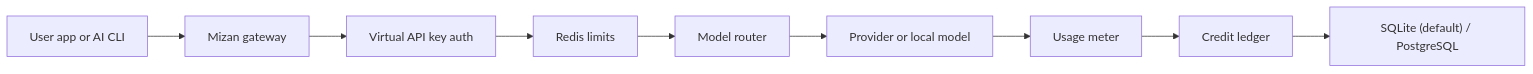
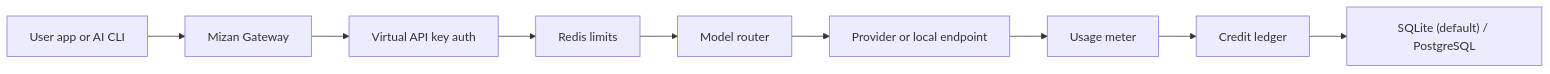
The diagram in README.md (pendig/mizan), drawn with Mermaid before and after one commit. The commit also changed other lines of this file and 10 other files, not shown here.

````diff
--- a/README.md
+++ b/README.md
@@ -94,11 +107,11 @@
 ```mermaid
 flowchart LR
-    Client["User app or AI CLI"] --> Gateway["Mizan gateway"]
+    Client["User app or AI CLI"] --> Gateway["Mizan Gateway"]
     Gateway --> Auth["Virtual API key auth"]
     Auth --> Limits["Redis limits"]
     Limits --> Router["Model router"]
-    Router --> Provider["Provider or local model"]
+    Router --> Provider["Provider or local endpoint"]
     Provider --> Meter["Usage meter"]
     Meter --> Wallet["Credit ledger"]
     Wallet --> DB["SQLite (default) / PostgreSQL"]
 ```
````
